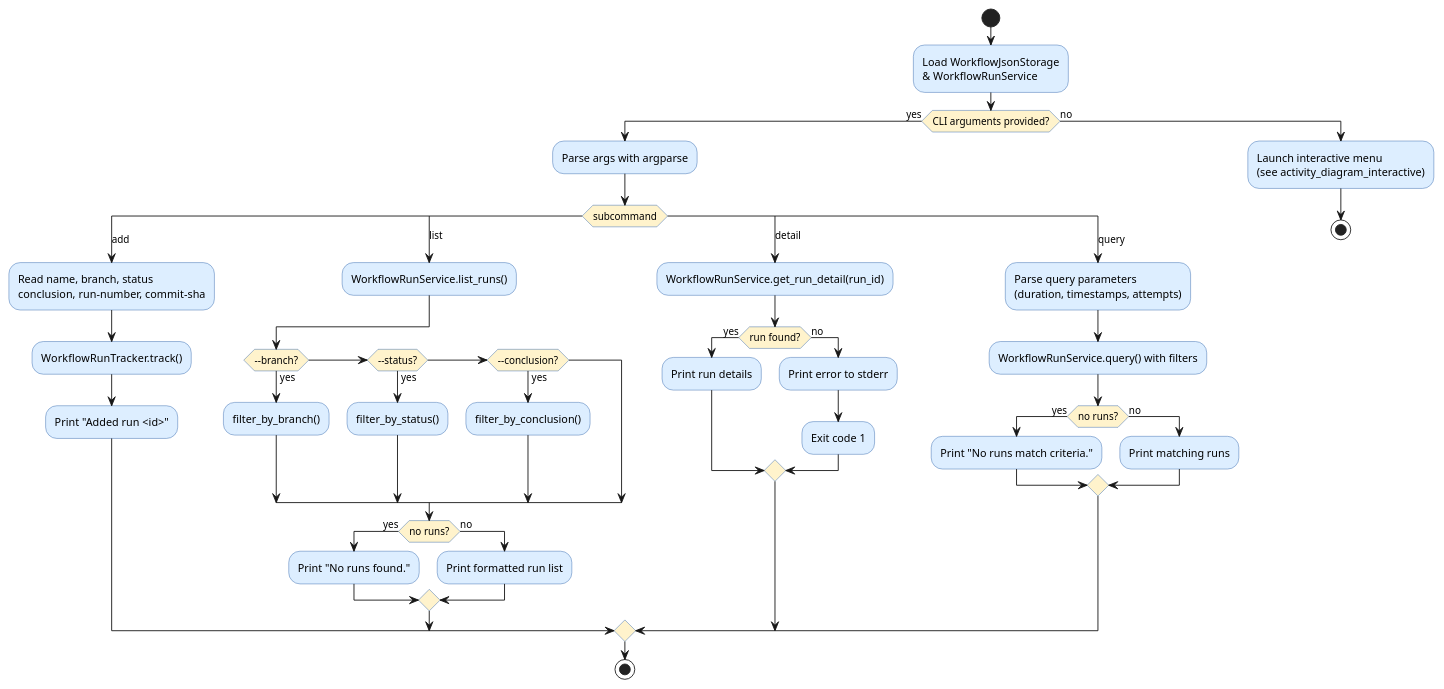
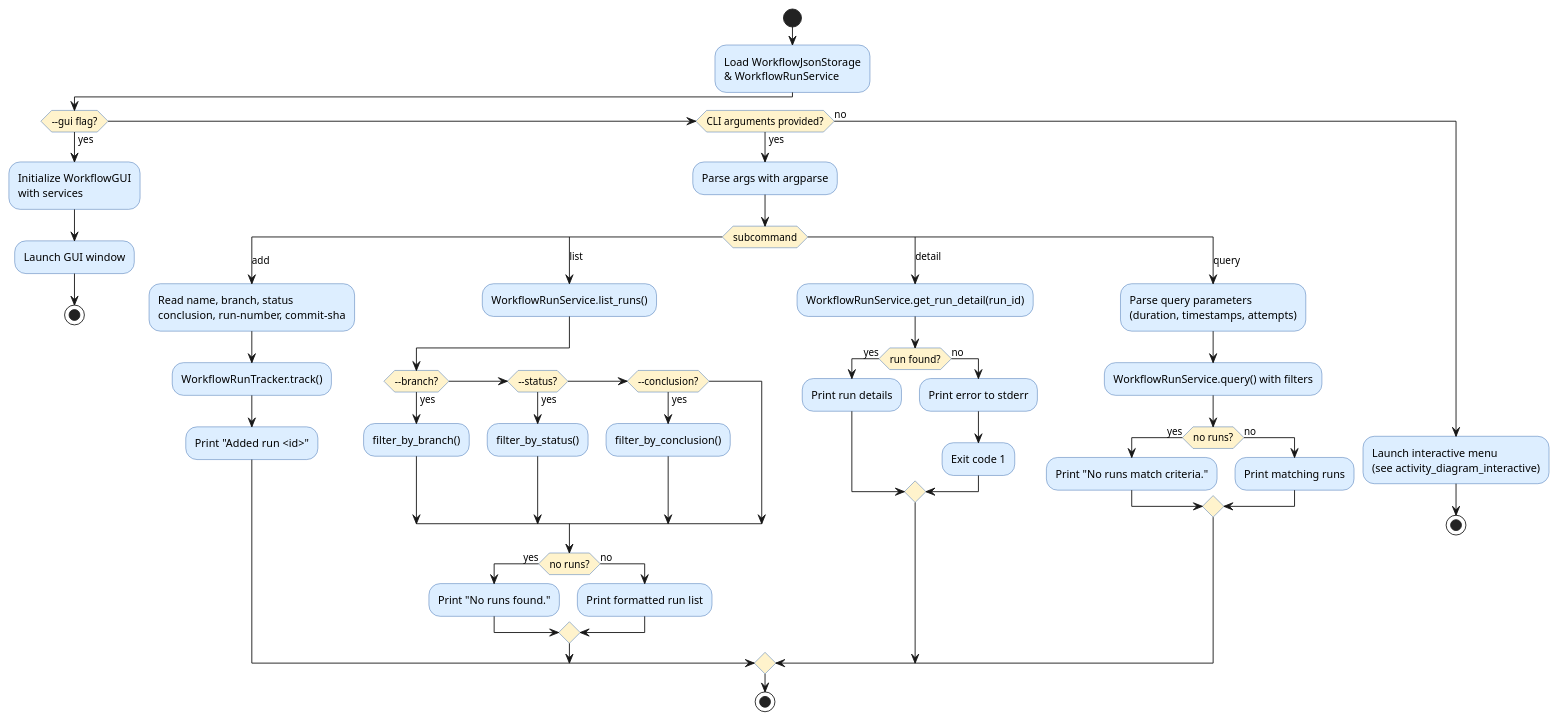
One commit to DanielRiha8906/Software_autoevolution_using_agents changed the diagram in experiments/pipeline/test_driven/github-workflow-manager/artifacts/activity_diagram_main.puml. Above: the diagram before and after it, drawn with PlantUML. The commit also changed 8 other files, not shown here.

```diff
--- a/experiments/pipeline/test_driven/github-workflow-manager/artifacts/activity_diagram_main.puml
+++ b/experiments/pipeline/test_driven/github-workflow-manager/artifacts/activity_diagram_main.puml
@@ -1,61 +1,66 @@
 @startuml activity_diagram_main
 
 skinparam activityBackgroundColor #DDEEFF
 skinparam activityBorderColor     #3366AA
 skinparam activityDiamondBackgroundColor #FFF3CC
 
 start
 
 :Load WorkflowJsonStorage\n& WorkflowRunService;
 
-if (CLI arguments provided?) then (yes)
+if (--gui flag?) then (yes)
+  :Initialize WorkflowGUI\nwith services;
+  :Launch GUI window;
+  stop
+
+elseif (CLI arguments provided?) then (yes)
   :Parse args with argparse;
   switch (subcommand)
 
     case (add)
       :Read name, branch, status\nconclusion, run-number, commit-sha;
       :WorkflowRunTracker.track();
       :Print "Added run <id>";
 
     case (list)
       :WorkflowRunService.list_runs();
       if (--branch?) then (yes)
         :filter_by_branch();
       elseif (--status?) then (yes)
         :filter_by_status();
       elseif (--conclusion?) then (yes)
         :filter_by_conclusion();
       endif
       if (no runs?) then (yes)
         :Print "No runs found.";
       else (no)
         :Print formatted run list;
       endif
 
     case (detail)
       :WorkflowRunService.get_run_detail(run_id);
       if (run found?) then (yes)
         :Print run details;
       else (no)
         :Print error to stderr;
         :Exit code 1;
       endif
 
     case (query)
       :Parse query parameters\n(duration, timestamps, attempts);
       :WorkflowRunService.query() with filters;
       if (no runs?) then (yes)
         :Print "No runs match criteria.";
       else (no)
         :Print matching runs;
       endif
 
   endswitch
   stop
 
 else (no)
   :Launch interactive menu\n(see activity_diagram_interactive);
   stop
 endif
 
 @enduml
```
